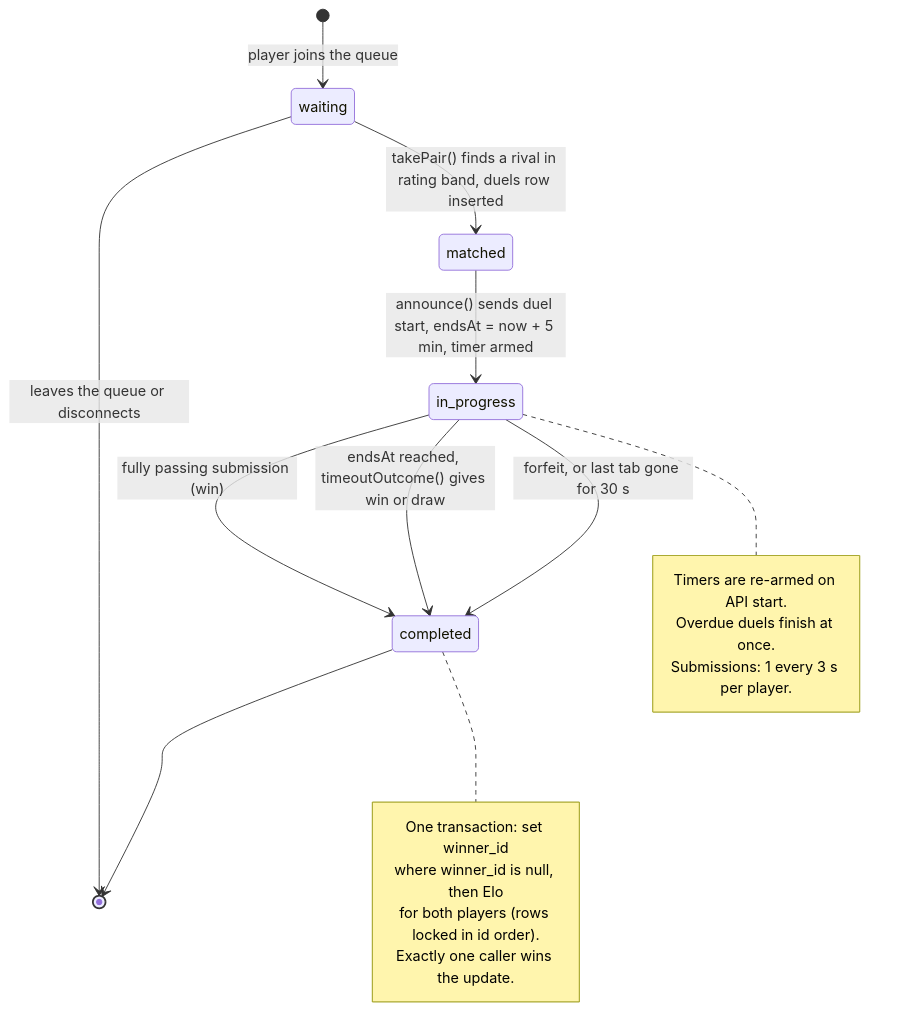
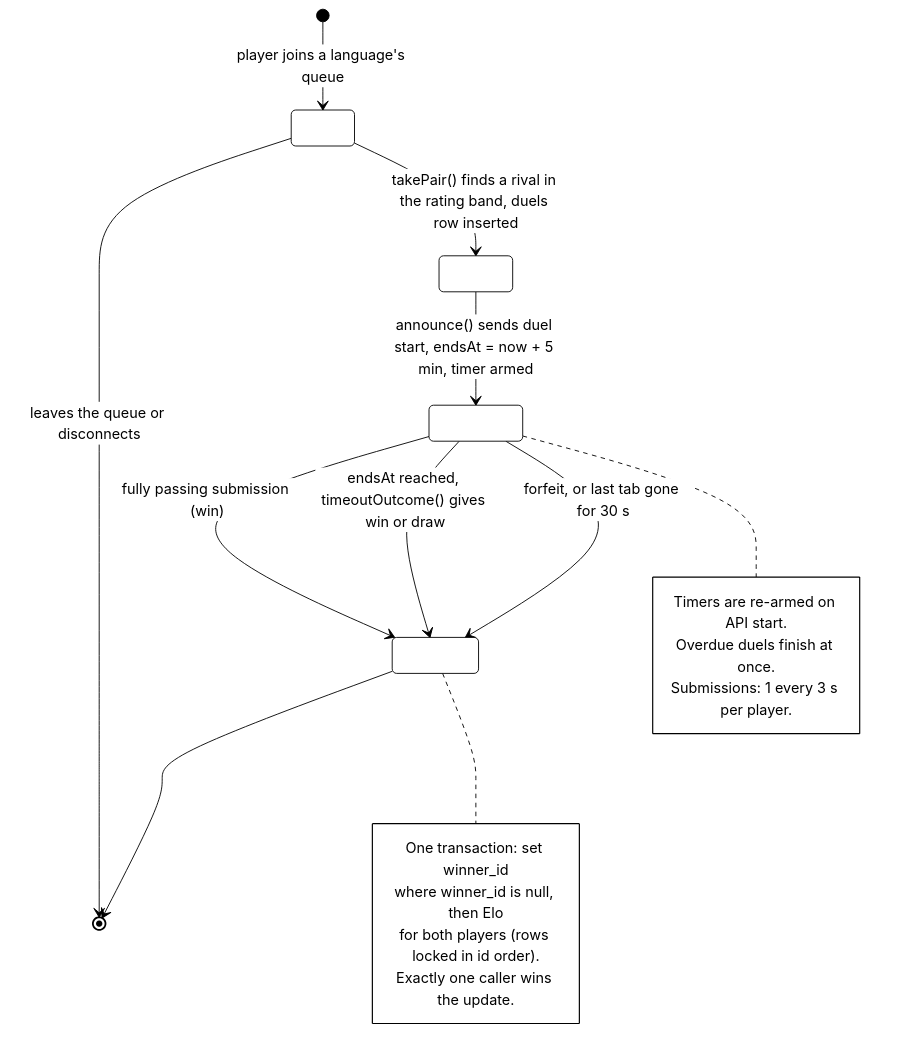
The tenth of 14 diagrams in docs/diagrams/architecture.md (Hritik-sharmaa/loophole), drawn with Mermaid before and after one commit. The commit also changed other lines of this file and 4 other files, not shown here.

Commit message:
docs: add architecture and system design diagrams with documentation

````diff
--- a/docs/diagrams/architecture.md
+++ b/docs/diagrams/architecture.md
@@ -670,23 +807,24 @@
 ```mermaid
+%%{init: {"theme": "base", "themeVariables": {"background": "#ffffff", "primaryColor": "#ffffff", "primaryTextColor": "#000000", "primaryBorderColor": "#000000", "lineColor": "#000000", "textColor": "#000000", "mainBkg": "#ffffff", "nodeBorder": "#000000", "stateBkg": "#ffffff", "stateBorder": "#000000", "transitionColor": "#000000", "noteBkgColor": "#ffffff", "noteBorderColor": "#000000", "noteTextColor": "#000000", "specialStateColor": "#000000", "innerEndBackground": "#000000", "compositeBackground": "#ffffff", "altBackground": "#ffffff"}}}%%
 stateDiagram-v2
-    [*] --> waiting : player joins the queue
+    [*] --> waiting : player joins a language's queue
     waiting --> [*] : leaves the queue or disconnects
-    waiting --> matched : takePair() finds a rival in rating band, duels row inserted
+    waiting --> matched : takePair() finds a rival in the rating band, duels row inserted
     matched --> in_progress : announce() sends duel start, endsAt = now + 5 min, timer armed
     in_progress --> completed : fully passing submission (win)
     in_progress --> completed : endsAt reached, timeoutOutcome() gives win or draw
     in_progress --> completed : forfeit, or last tab gone for 30 s
     completed --> [*]
 
     note right of in_progress
         Timers are re-armed on API start.
         Overdue duels finish at once.
         Submissions: 1 every 3 s per player.
     end note
     note right of completed
         One transaction: set winner_id
         where winner_id is null, then Elo
         for both players (rows locked in id order).
         Exactly one caller wins the update.
     end note
 ```
````
